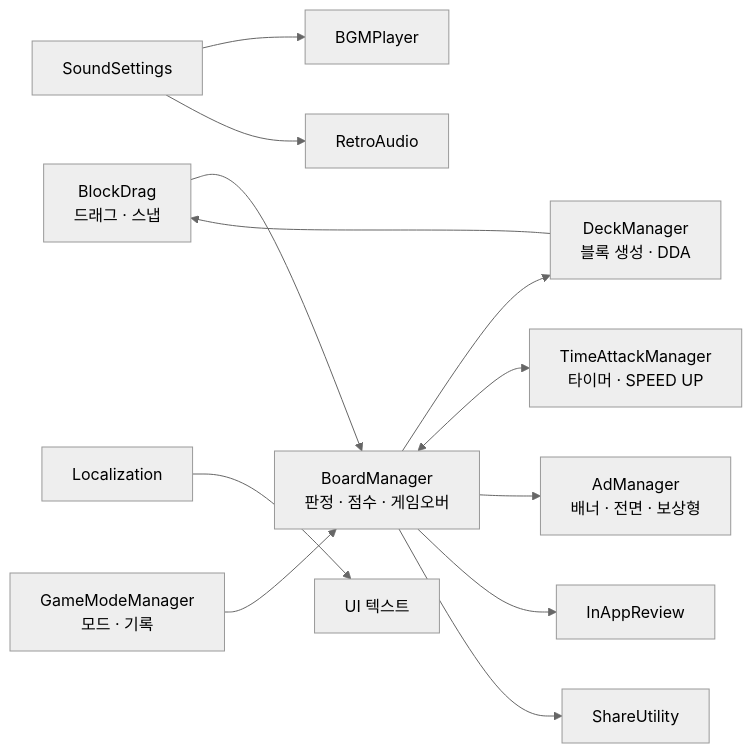
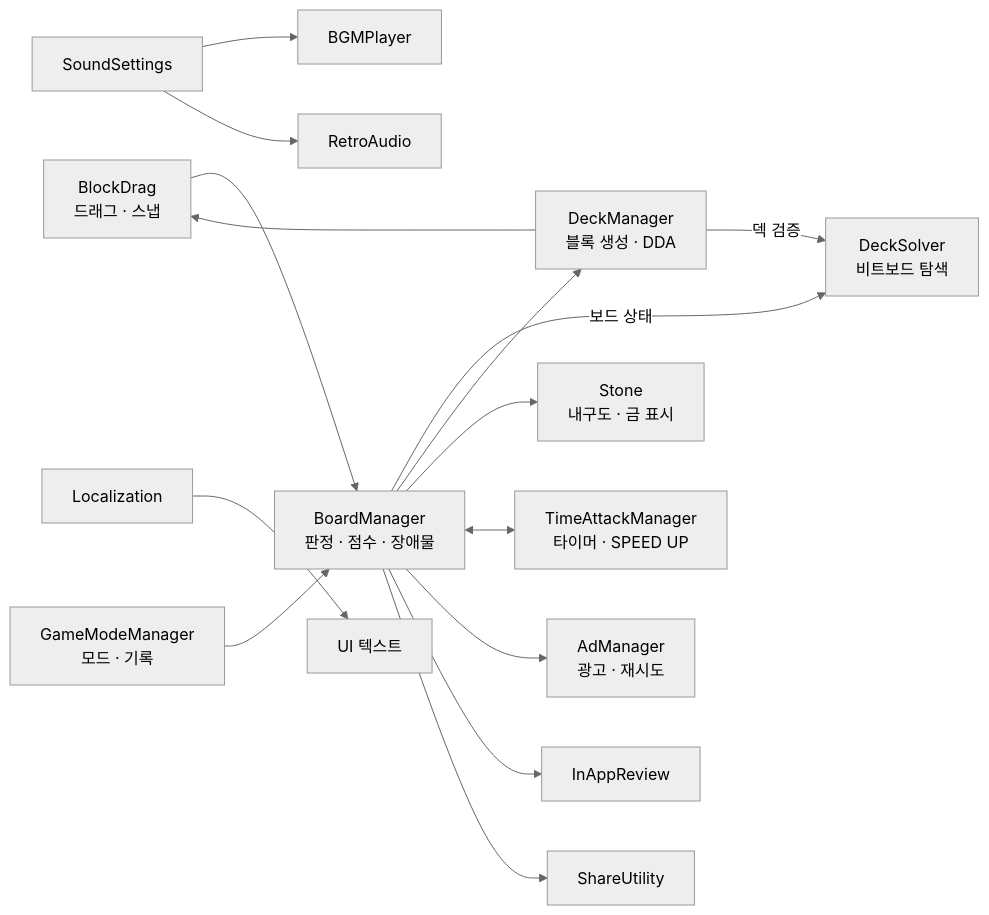
The diagram in README.md (JiniNH/Grid64), drawn with Mermaid (neutral theme) before and after one commit. The commit also changed other lines of this file and 15 other files, not shown here.

Commit message:
Update to 1.3.1: obstacle mode, DeckSolver, ad retry, README

````diff
--- a/README.md
+++ b/README.md
@@ -42,14 +47,17 @@
 ```mermaid
 flowchart LR
-    Input[BlockDrag<br>드래그 · 스냅] --> Board[BoardManager<br>판정 · 점수 · 게임오버]
+    Input[BlockDrag<br>드래그 · 스냅] --> Board[BoardManager<br>판정 · 점수 · 장애물]
     Deck[DeckManager<br>블록 생성 · DDA] --> Input
+    Deck -->|덱 검증| Solver[DeckSolver<br>비트보드 탐색]
+    Board -->|보드 상태| Solver
     Board --> Deck
+    Board --> Stone[Stone<br>내구도 · 금 표시]
     Board <--> TA[TimeAttackManager<br>타이머 · SPEED UP]
-    Board --> Ad[AdManager<br>배너 · 전면 · 보상형]
+    Board --> Ad[AdManager<br>광고 · 재시도]
     Board --> Review[InAppReview]
     Board --> Share[ShareUtility]
     Mode[GameModeManager<br>모드 · 기록] --> Board
     Sound[SoundSettings] --> BGM[BGMPlayer]
     Sound --> SFX[RetroAudio]
     Loc[Localization] --> UI[UI 텍스트]
 ```
````
